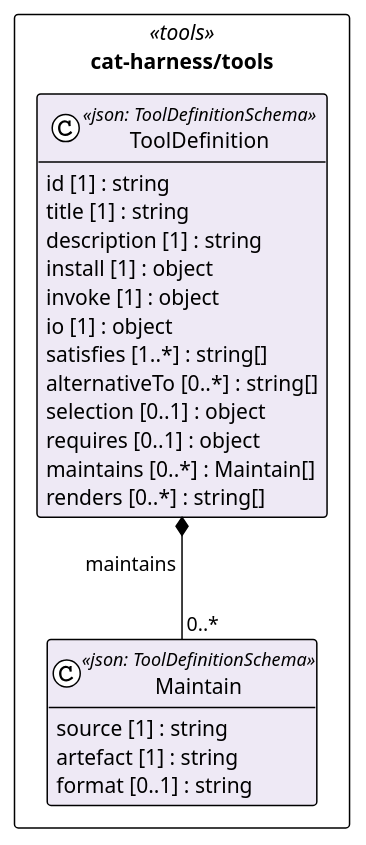
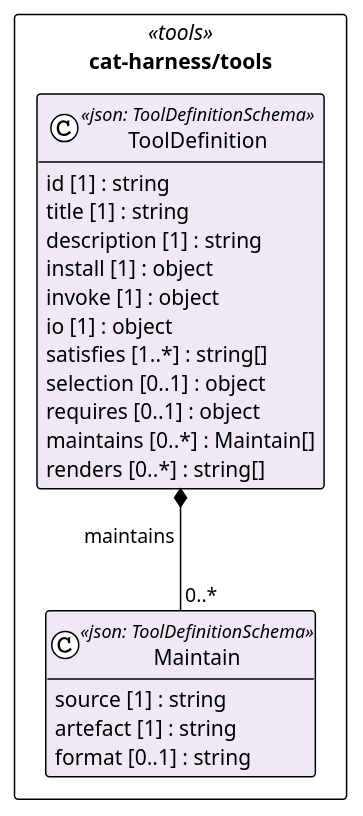
Before and after one commit to litlfred/folio-assistant: the diagram in cat-harness/uml/overview/cat-harness/tools.puml, drawn with PlantUML. The commit also changed 155 other files, not shown here.

```diff
--- a/cat-harness/uml/overview/cat-harness/tools.puml
+++ b/cat-harness/uml/overview/cat-harness/tools.puml
@@ -3,32 +3,31 @@
 @startuml cat_harness_tools
 !pragma layout elk
 !theme plain
 skinparam classAttributeIconSize 0
 skinparam shadowing false
 skinparam packageStyle rectangle
 hide empty methods
 
 package "cat-harness/tools" as pkg_cat_harness_tools <<tools>> {
   class "Maintain" as cat_harness_tools_Maintain <<json: ToolDefinitionSchema>> #eee9f5 {
     source [1] : string
     artefact [1] : string
     format [0..1] : string
   }
   class "ToolDefinition" as cat_harness_tools_ToolDefinition <<json: ToolDefinitionSchema>> #eee9f5 {
     id [1] : string
     title [1] : string
     description [1] : string
     install [1] : object
     invoke [1] : object
     io [1] : object
     satisfies [1..*] : string[]
-    alternativeTo [0..*] : string[]
     selection [0..1] : object
     requires [0..1] : object
     maintains [0..*] : Maintain[]
     renders [0..*] : string[]
   }
 }
 
 cat_harness_tools_ToolDefinition *-- "0..*" cat_harness_tools_Maintain : maintains
 @enduml
```
